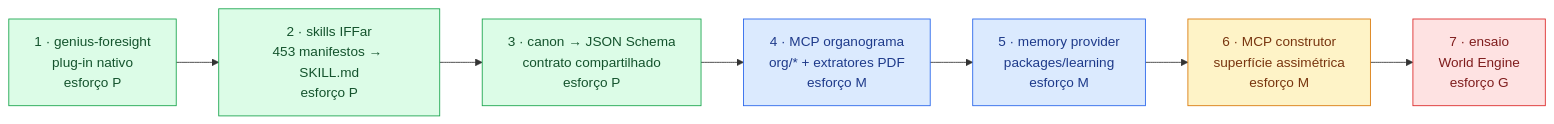
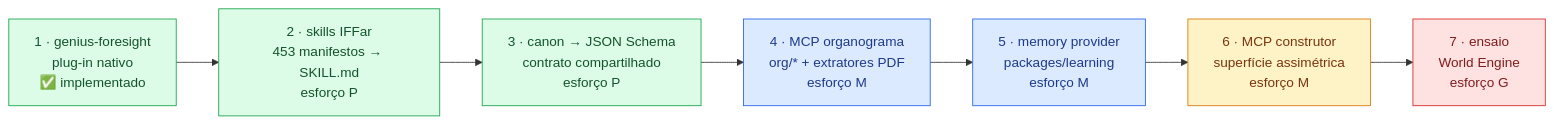
One commit to marciobisognin/GeniusAI changed the second of 2 diagrams in docs/ANALISE-PLUGINS-HERMES.md. Above: the diagram before and after it, drawn with Mermaid. The commit also changed other lines of this file and 13 other files, not shown here.

First line of the commit message:
feat(foresight): plug-in nativo do Hermes Agent (#81)

````diff
--- a/docs/ANALISE-PLUGINS-HERMES.md
+++ b/docs/ANALISE-PLUGINS-HERMES.md
@@ -453,20 +489,20 @@
 ```mermaid
 flowchart LR
-    F["1 · genius-foresight<br/>plug-in nativo<br/>esforço P"]
+    F["1 · genius-foresight<br/>plug-in nativo<br/>✅ implementado"]
     S["2 · skills IFFar<br/>453 manifestos → SKILL.md<br/>esforço P"]
     C["3 · canon → JSON Schema<br/>contrato compartilhado<br/>esforço P"]
     O["4 · MCP organograma<br/>org/* + extratores PDF<br/>esforço M"]
     L["5 · memory provider<br/>packages/learning<br/>esforço M"]
     K["6 · MCP construtor<br/>superfície assimétrica<br/>esforço M"]
     R["7 · ensaio<br/>World Engine<br/>esforço G"]
 
     F --> S --> C --> O --> L --> K --> R
 
     style F fill:#dcfce7,stroke:#16a34a,color:#14532d
     style S fill:#dcfce7,stroke:#16a34a,color:#14532d
     style C fill:#dcfce7,stroke:#16a34a,color:#14532d
     style O fill:#dbeafe,stroke:#2563eb,color:#1e3a8a
     style L fill:#dbeafe,stroke:#2563eb,color:#1e3a8a
     style K fill:#fef3c7,stroke:#d97706,color:#78350f
     style R fill:#fee2e2,stroke:#dc2626,color:#7f1d1d
 ```
````
